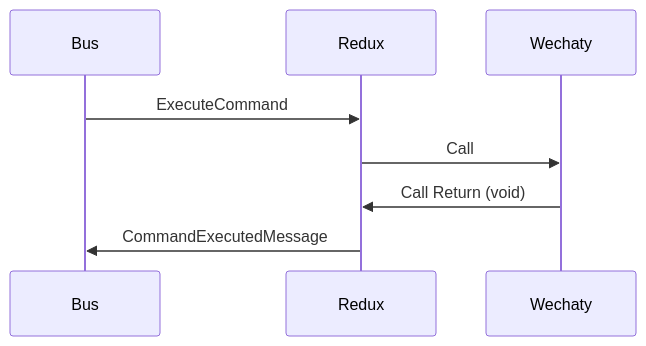
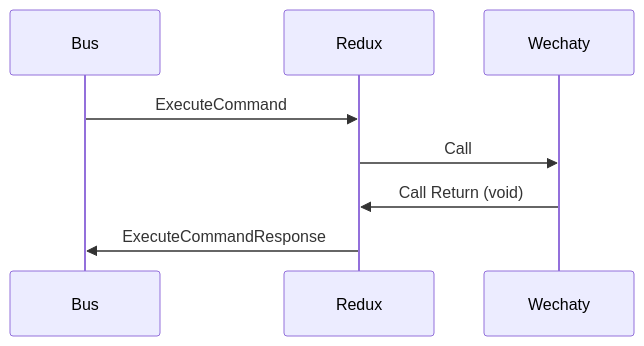
Before and after one commit to wechaty/cqrs: the second of 4 diagrams in README.md, drawn with Mermaid. The commit also changed other lines of this file and 4 other files, not shown here.

````diff
--- a/README.md
+++ b/README.md
@@ -116,11 +116,11 @@
 ```mermaid
 sequenceDiagram
     participant Bus
     participant Redux
     participant Wechaty
 
     Bus->>Redux: ExecuteCommand
     Redux->>Wechaty: Call
     Wechaty->>Redux: Call Return (void)
-    Redux->>Bus: CommandExecutedMessage
+    Redux->>Bus: ExecuteCommandResponse
 ```
````
